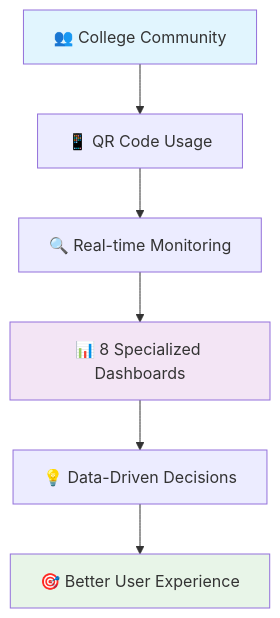
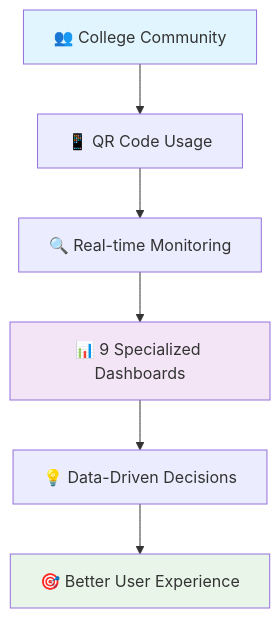
Before and after one commit to gsinghjay/mvp_qr_gen: the first of 26 diagrams in GRAFANA.md, drawn with Mermaid. The commit also changed other lines of this file, not shown here.

````diff
--- a/GRAFANA.md
+++ b/GRAFANA.md
@@ -15,12 +15,12 @@
 ```mermaid
 graph TD
     A[👥 College Community] --> B[📱 QR Code Usage]
     B --> C[🔍 Real-time Monitoring]
-    C --> D[📊 8 Specialized Dashboards]
+    C --> D[📊 9 Specialized Dashboards]
     D --> E[💡 Data-Driven Decisions]
     E --> F[🎯 Better User Experience]
     
     style A fill:#e1f5fe
     style D fill:#f3e5f5
     style F fill:#e8f5e8
 ```
````
